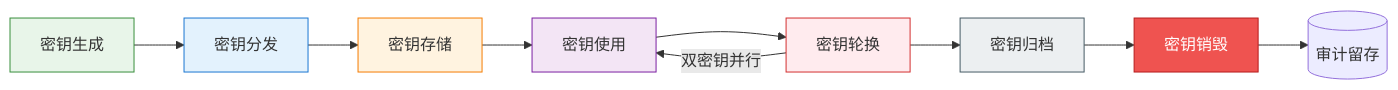
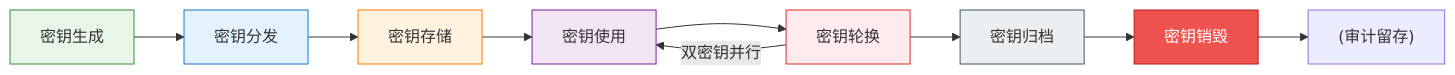
Before and after one commit to xinetzone/SpecWeave: the diagram in .agents/rules/data-security/data-encryption/04-key-lifecycle.md, drawn with Mermaid. The commit also changed 107 other files, not shown here.

First line of the commit message:
style(mermaid): check-mermaid --fix自动修复-移除空行+补充引号+subgraph标签

````diff
--- a/.agents/rules/data-security/data-encryption/04-key-lifecycle.md
+++ b/.agents/rules/data-security/data-encryption/04-key-lifecycle.md
@@ -10,20 +10,18 @@
 ```mermaid
 flowchart LR
-    K1[密钥生成] --> K2[密钥分发]
-    K2 --> K3[密钥存储]
-    K3 --> K4[密钥使用]
-    K4 --> K5[密钥轮换]
-    K5 --> K6[密钥归档]
-    K6 --> K7[密钥销毁]
-    
-    K5 -->|双密钥并行| K4
-    K7 --> K8[(审计留存)]
-    
+    K1["密钥生成"] --> K2["密钥分发"]
+    K2 --> K3["密钥存储"]
+    K3 --> K4["密钥使用"]
+    K4 --> K5["密钥轮换"]
+    K5 --> K6["密钥归档"]
+    K6 --> K7["密钥销毁"]
+    K5 -->|"双密钥并行"| K4
+    K7 --> K8["(审计留存)"]
     style K1 fill:#e8f5e9,stroke:#388e3c
     style K2 fill:#e3f2fd,stroke:#1976d2
     style K3 fill:#fff3e0,stroke:#f57c00
     style K4 fill:#f3e5f5,stroke:#7b1fa2
     style K5 fill:#ffebee,stroke:#d32f2f
     style K6 fill:#eceff1,stroke:#455a64
     style K7 fill:#ef5350,color:#fff,stroke:#b71c1c
 ```
````
